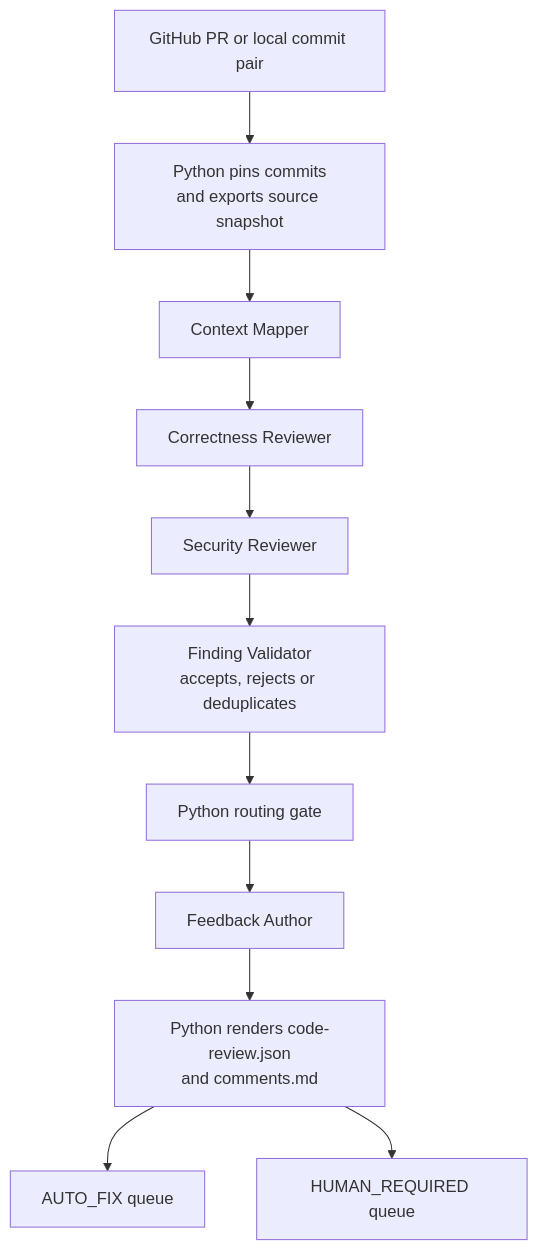
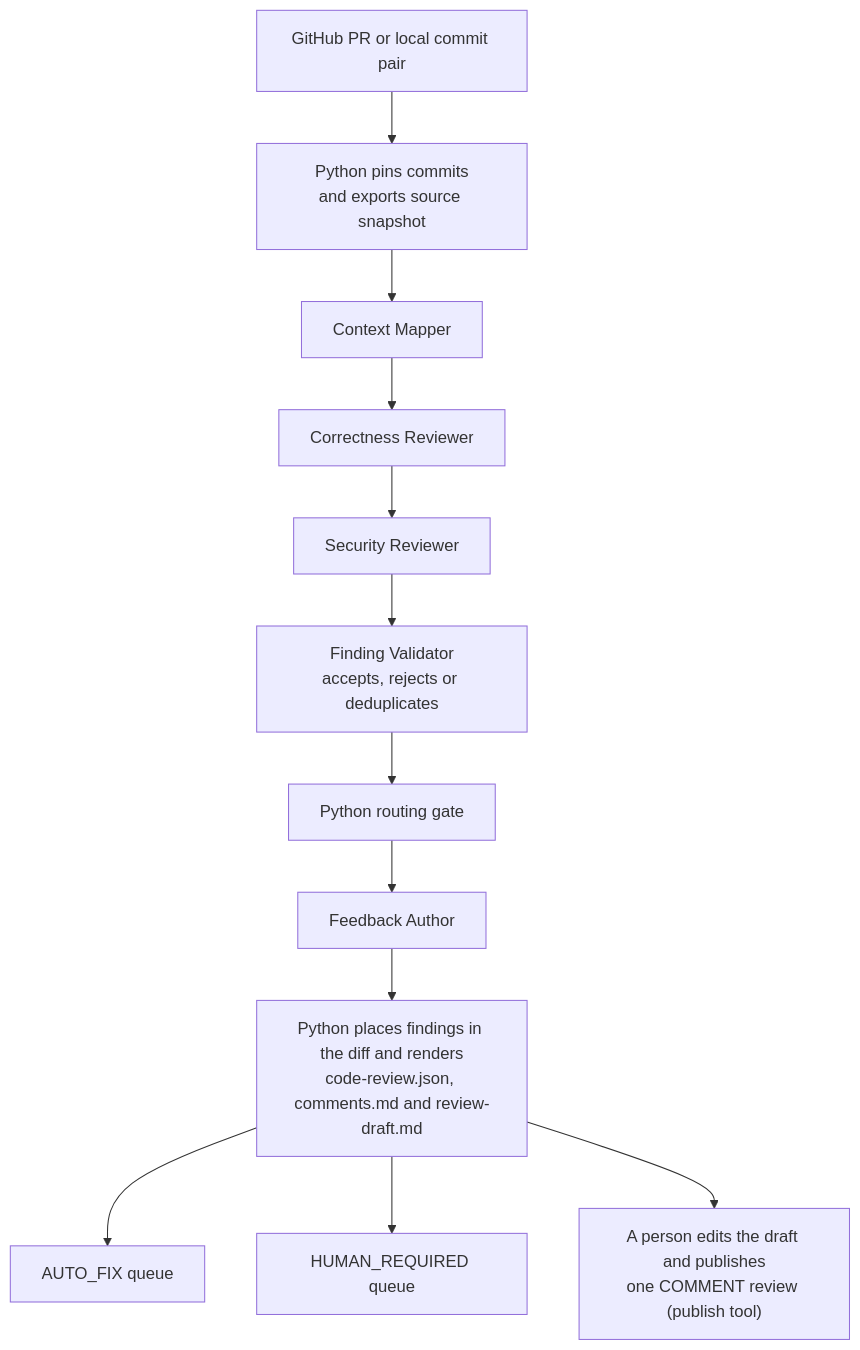
Before and after one commit to somr/awscao_agenticwflw: the fifth of 6 diagrams in agentic-sdlc-docs/architecture.md, drawn with Mermaid. The commit also changed other lines of this file and 3 other files, not shown here.

````diff
--- a/agentic-sdlc-docs/architecture.md
+++ b/agentic-sdlc-docs/architecture.md
@@ -131,13 +131,14 @@
 ```mermaid
 flowchart TD
     PR["GitHub PR or local commit pair"] --> SNAP["Python pins commits<br/>and exports source snapshot"]
     SNAP --> MAP["Context Mapper"]
     MAP --> COR["Correctness Reviewer"]
     COR --> SEC["Security Reviewer"]
     SEC --> VAL["Finding Validator<br/>accepts, rejects or deduplicates"]
     VAL --> GATE["Python routing gate"]
     GATE --> AUTHOR["Feedback Author"]
-    AUTHOR --> OUT["Python renders code-review.json<br/>and comments.md"]
+    AUTHOR --> OUT["Python places findings in the diff and renders<br/>code-review.json, comments.md and review-draft.md"]
     OUT --> AUTO["AUTO_FIX queue"]
     OUT --> HUMAN["HUMAN_REQUIRED queue"]
+    OUT --> PUB["A person edits the draft and publishes<br/>one COMMENT review (publish tool)"]
 ```
````
